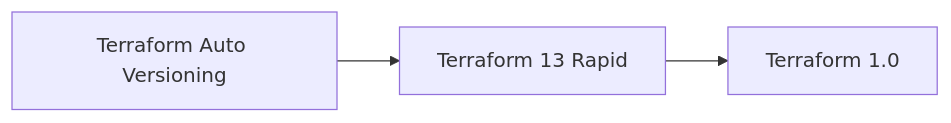
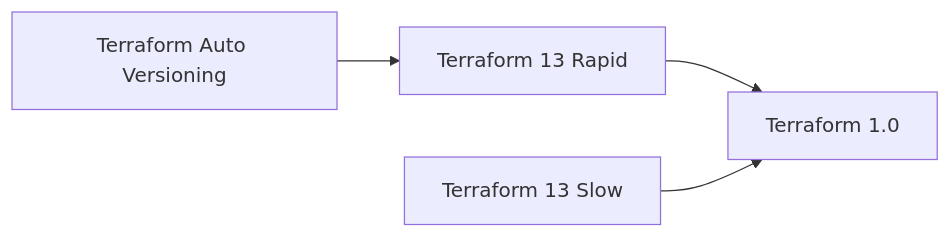
One commit to kosteva/doctest changed the diagram in readme.md. Above: the diagram before and after it, drawn with Mermaid.

````diff
--- a/readme.md
+++ b/readme.md
@@ -1,4 +1,5 @@
 ```mermaid
 flowchart LR
      A[Terraform Auto Versioning] --> B[Terraform 13 Rapid] --> C[Terraform 1.0]
+     D[Terraform 13 Slow] --> C
 ```
````
